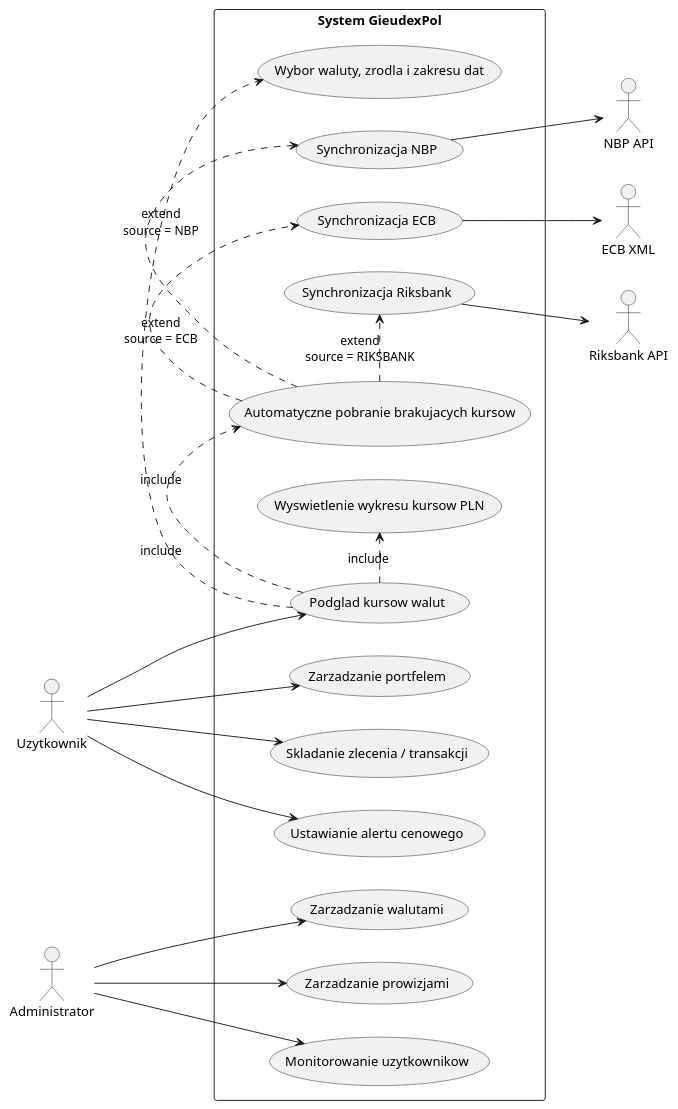
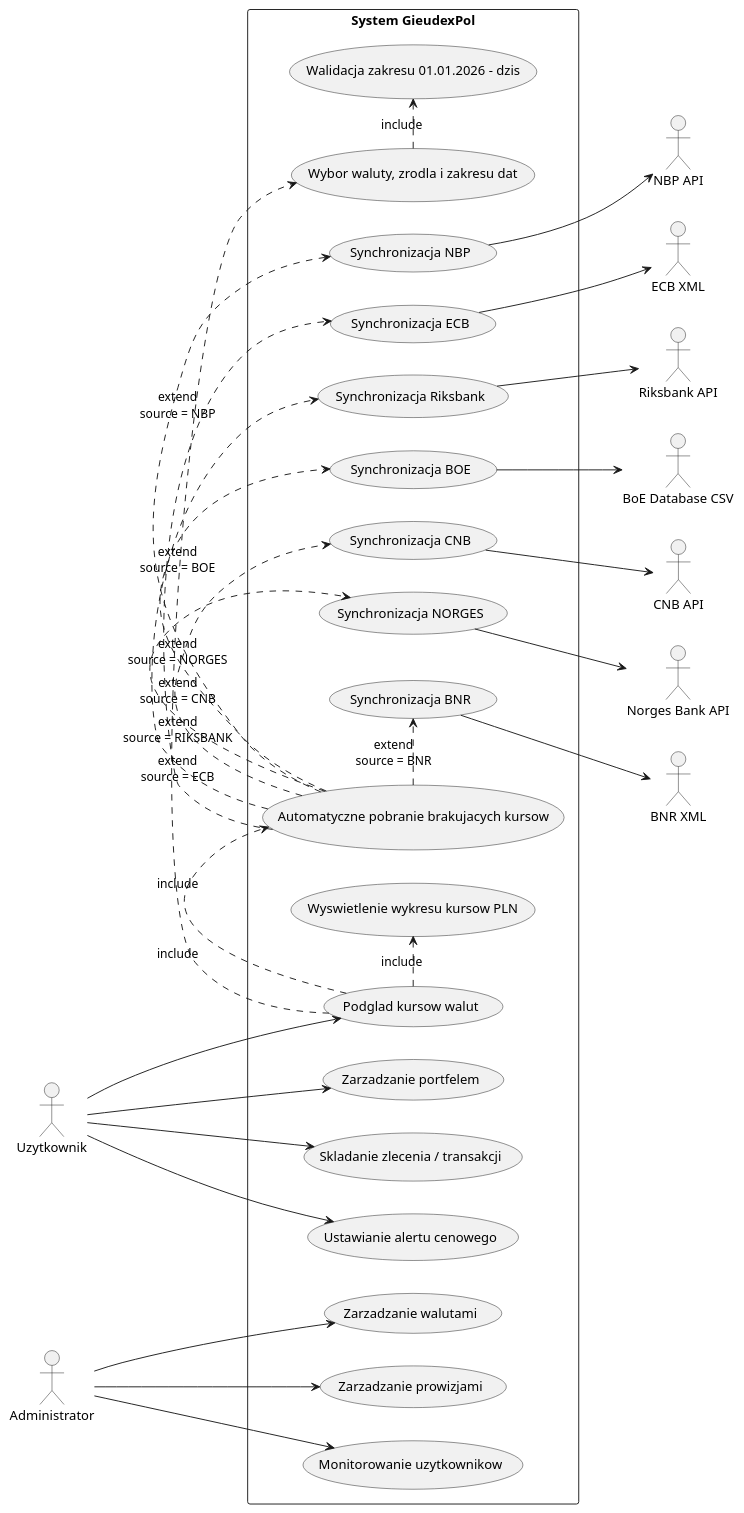
One commit to kacluc/GieudexPol changed the diagram in UML/KursyWalut/PrzypadkiUzyciaPobieraniaKursow.puml. Above: the diagram before and after it, drawn with PlantUML. The commit also changed 20 other files, not shown here.

Commit message:
Srommit - dodanie Norges Bank i BNR (Rumunski) do wykresow. Update UMLI

```diff
--- a/UML/KursyWalut/PrzypadkiUzyciaPobieraniaKursow.puml
+++ b/UML/KursyWalut/PrzypadkiUzyciaPobieraniaKursow.puml
@@ -1,46 +1,64 @@
 @startuml
 left to right direction
 skinparam packageStyle rectangle
 
 actor "Uzytkownik" as UserActor
 actor "Administrator" as AdminActor
 actor "NBP API" as NbpApi
 actor "ECB XML" as EcbApi
 actor "Riksbank API" as RiksbankApi
+actor "BoE Database CSV" as BoeApi
+actor "CNB API" as CnbApi
+actor "Norges Bank API" as NorgesApi
+actor "BNR XML" as BnrApi
 
 rectangle "System GieudexPol" {
   (Zarzadzanie portfelem) as UC1
   (Skladanie zlecenia / transakcji) as UC2
   (Ustawianie alertu cenowego) as UC3
   (Podglad kursow walut) as UC4
   (Wybor waluty, zrodla i zakresu dat) as UC4a
+  (Walidacja zakresu 01.01.2026 - dzis) as UC4g
   (Automatyczne pobranie brakujacych kursow) as UC4b
   (Synchronizacja NBP) as UC4c
   (Synchronizacja ECB) as UC4d
   (Synchronizacja Riksbank) as UC4f
+  (Synchronizacja BOE) as UC4h
+  (Synchronizacja CNB) as UC4i
+  (Synchronizacja NORGES) as UC4j
+  (Synchronizacja BNR) as UC4k
   (Wyswietlenie wykresu kursow PLN) as UC4e
 
   (Zarzadzanie walutami) as UC5
   (Zarzadzanie prowizjami) as UC6
   (Monitorowanie uzytkownikow) as UC7
 }
 
 UserActor --> UC1
 UserActor --> UC2
 UserActor --> UC3
 UserActor --> UC4
 UC4 .> UC4a : include
+UC4a .> UC4g : include
 UC4 .> UC4b : include
 UC4 .> UC4e : include
 
 UC4b .> UC4c : extend\nsource = NBP
 UC4b .> UC4d : extend\nsource = ECB
 UC4b .> UC4f : extend\nsource = RIKSBANK
+UC4b .> UC4h : extend\nsource = BOE
+UC4b .> UC4i : extend\nsource = CNB
+UC4b .> UC4j : extend\nsource = NORGES
+UC4b .> UC4k : extend\nsource = BNR
 UC4c --> NbpApi
 UC4d --> EcbApi
 UC4f --> RiksbankApi
+UC4h --> BoeApi
+UC4i --> CnbApi
+UC4j --> NorgesApi
+UC4k --> BnrApi
 
 AdminActor --> UC5
 AdminActor --> UC6
 AdminActor --> UC7
 @enduml
```
